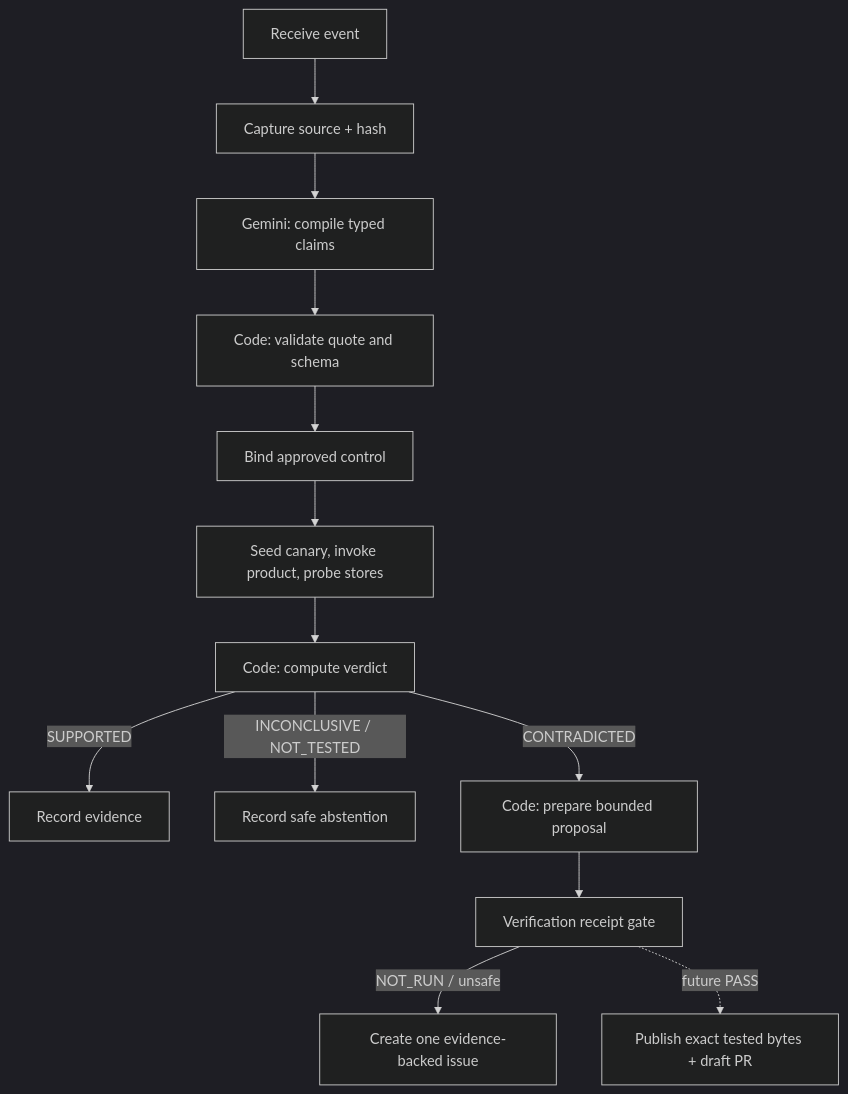
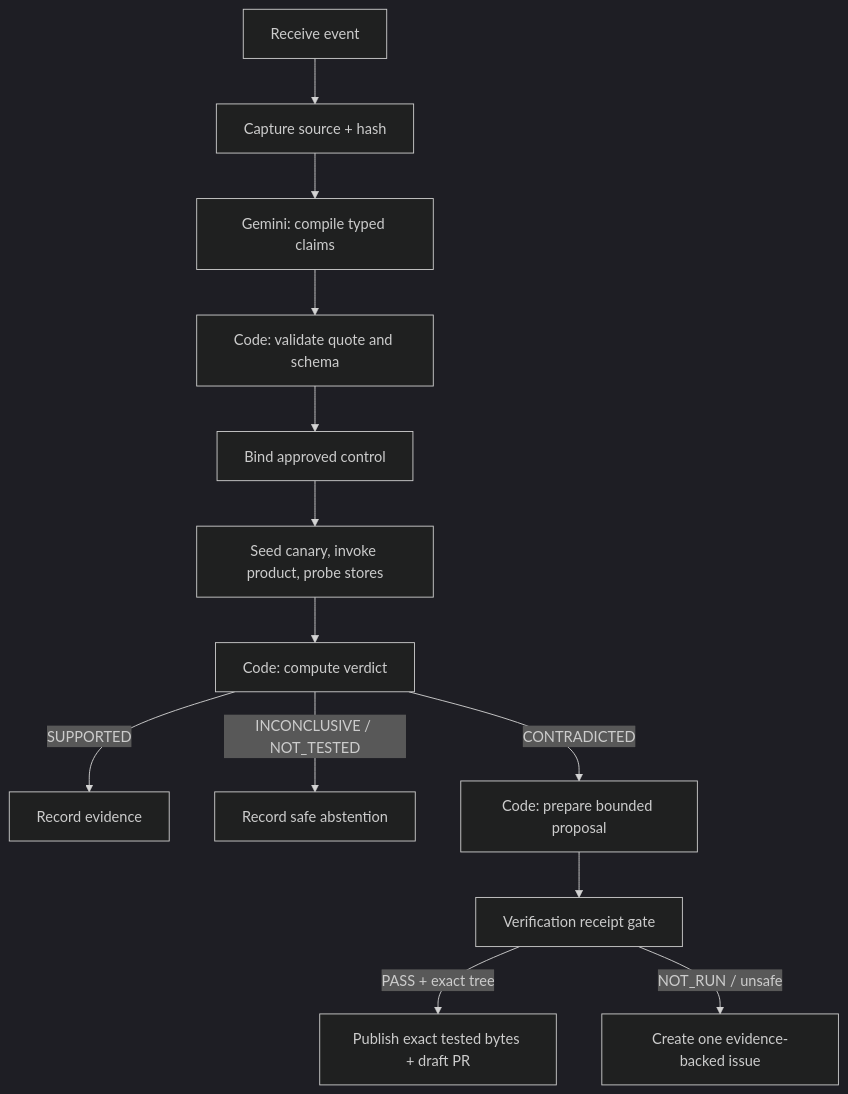
One commit to kostakarathana/iPromise changed the second of 2 diagrams in docs/architecture.md. Above: the diagram before and after it, drawn with Mermaid (dark theme). The commit also changed other lines of this file and 48 other files, not shown here.

````diff
--- a/docs/architecture.md
+++ b/docs/architecture.md
@@ -32,15 +33,15 @@
 ```mermaid
 flowchart TD
     receive["Receive event"] --> capture["Capture source + hash"]
     capture --> compile["Gemini: compile typed claims"]
     compile --> ground["Code: validate quote and schema"]
     ground --> bind["Bind approved control"]
     bind --> probe["Seed canary, invoke product, probe stores"]
     probe --> verdict["Code: compute verdict"]
     verdict -->|"SUPPORTED"| complete["Record evidence"]
     verdict -->|"INCONCLUSIVE / NOT_TESTED"| review["Record safe abstention"]
     verdict -->|"CONTRADICTED"| repair["Code: prepare bounded proposal"]
     repair --> verify["Verification receipt gate"]
+    verify -->|"PASS + exact tree"| pr["Publish exact tested bytes + draft PR"]
     verify -->|"NOT_RUN / unsafe"| issue["Create one evidence-backed issue"]
-    verify -. "future PASS" .-> pr["Publish exact tested bytes + draft PR"]
 ```
````
